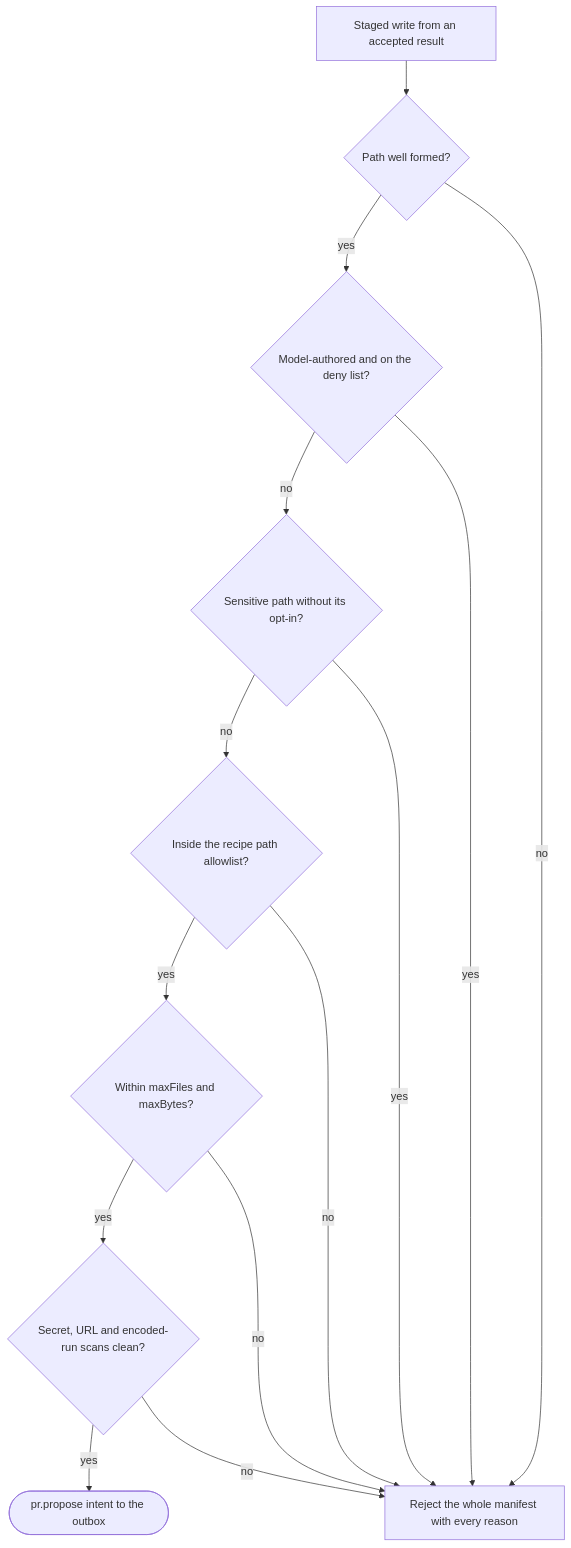
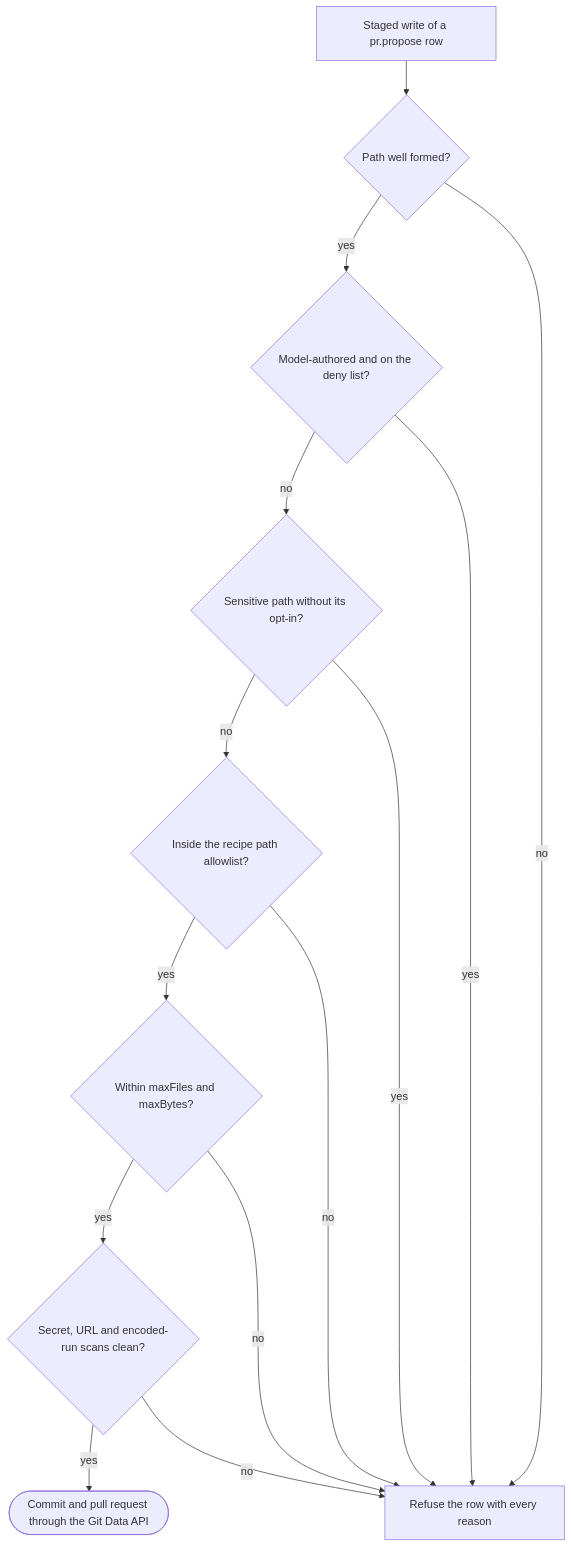
One commit to fractalboxdev/flare-dispatch changed the second of 4 diagrams in specs/runs/agentic.md. Above: the diagram before and after it, drawn with Mermaid. The commit also changed other lines of this file and 45 other files, not shown here.

````diff
--- a/specs/runs/agentic.md
+++ b/specs/runs/agentic.md
@@ -59,22 +61,22 @@
 ```mermaid
 flowchart TB
   accTitle: Checks the staged-write gate runs on every entry
-  in[Staged write from an accepted result] --> norm{Path well formed?}
+  in[Staged write of a pr.propose row] --> norm{Path well formed?}
   norm -->|yes| deny{Model-authored and on the deny list?}
   deny -->|no| sens{Sensitive path without its opt-in?}
   sens -->|no| allow{Inside the recipe path allowlist?}
   allow -->|yes| size{Within maxFiles and maxBytes?}
   size -->|yes| scan{Secret, URL and encoded-run scans clean?}
-  scan -->|yes| ok([pr.propose intent to the outbox])
-  norm e1@-->|no| rej[Reject the whole manifest with every reason]
+  scan -->|yes| ok([Commit and pull request through the Git Data API])
+  norm e1@-->|no| rej[Refuse the row with every reason]
   deny e2@-->|yes| rej
   sens e3@-->|yes| rej
   allow e4@-->|no| rej
   size e5@-->|no| rej
   scan e6@-->|no| rej
   class in accent
   class norm,deny,sens,allow,size,scan warn
   class rej danger
   class ok ok
   class e1,e2,e3,e4,e5,e6 failure
 ```
````
